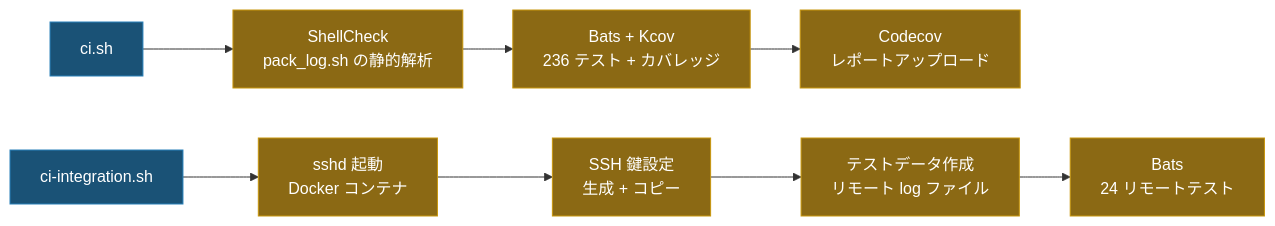
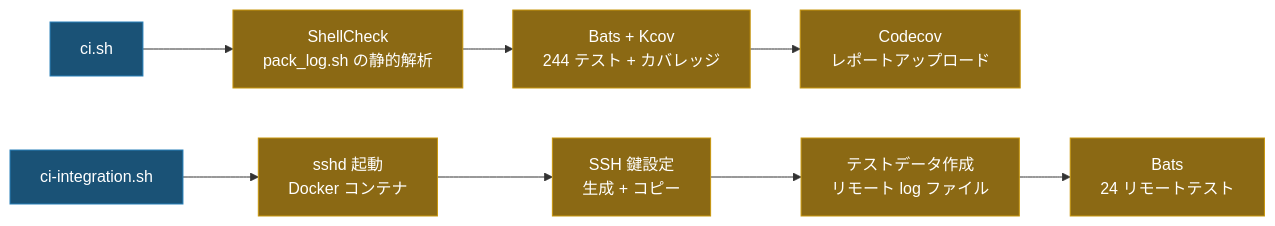
Before and after one commit to ycpss91255/pack_log: the second of 2 diagrams in doc/README.ja.md, drawn with Mermaid. The commit also changed other lines of this file and 4 other files, not shown here.

````diff
--- a/doc/README.ja.md
+++ b/doc/README.ja.md
@@ -198,14 +201,14 @@
 ```mermaid
 graph LR
     S["ci.sh"]:::entry --> SC["ShellCheck\npack_log.sh の静的解析"]:::step
-    SC --> BT["Bats + Kcov\n236 テスト + カバレッジ"]:::step
+    SC --> BT["Bats + Kcov\n244 テスト + カバレッジ"]:::step
     BT --> CC["Codecov\nレポートアップロード"]:::step
 
     S2["ci-integration.sh"]:::entry --> SSHD["sshd 起動\nDocker コンテナ"]:::step
     SSHD --> KEY["SSH 鍵設定\n生成 + コピー"]:::step
     KEY --> DATA["テストデータ作成\nリモート log ファイル"]:::step
     DATA --> IT["Bats\n24 リモートテスト"]:::step
 
     classDef entry fill:#1a5276,color:#fff,stroke:#2980b9
     classDef step fill:#8B6914,color:#fff,stroke:#c8960c
 ```
````
